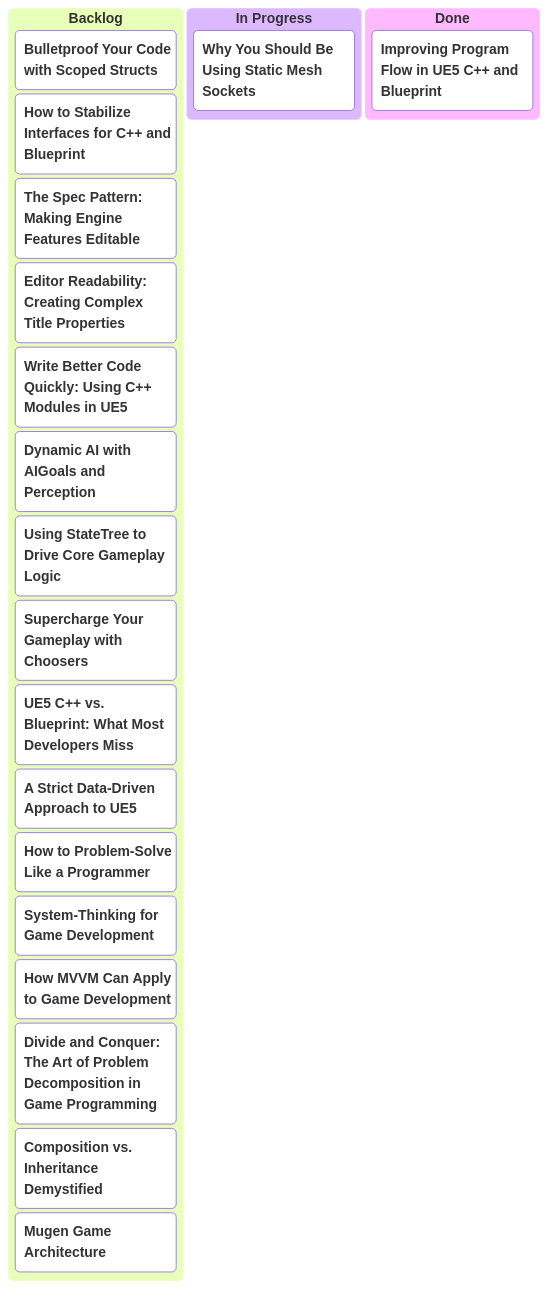
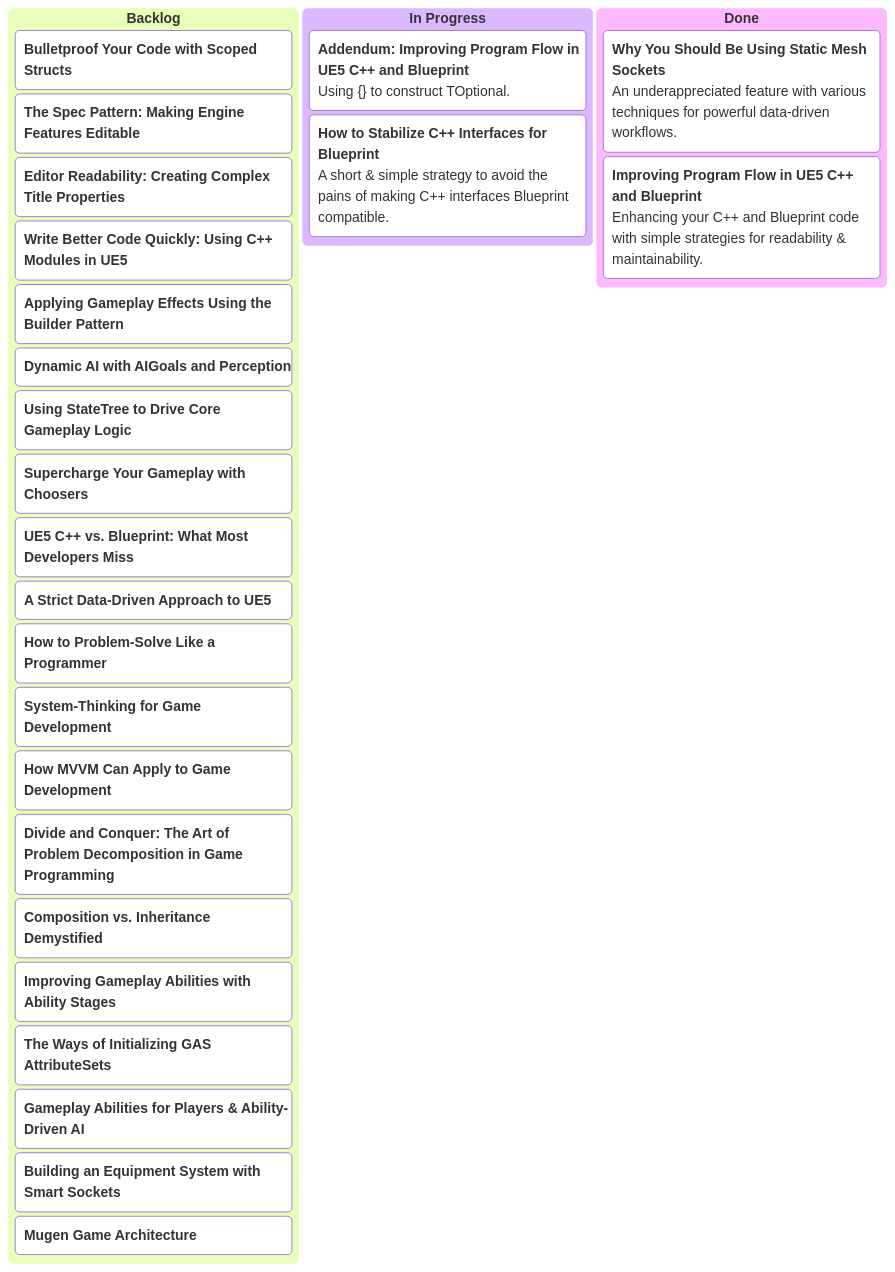
Before and after one commit to mugenmelon/mugenmelon.github.io: the diagram in kanban.md, drawn with Mermaid. The commit also changed 26 other files, not shown here.

Commit message:
Static mesh sockets

```diff
--- a/kanban.md
+++ b/kanban.md
@@ -8,25 +8,40 @@
 <pre class="mermaid">
+---
+config:
+    kanban:
+        sectionWidth: 333
+---
 kanban
     ["`**Backlog**`"]
         ["`**Bulletproof Your Code with Scoped Structs**`"]
-        ["`**How to Stabilize Interfaces for C++ and Blueprint**`"]
         ["`**The Spec Pattern: Making Engine Features Editable**`"]
         ["`**Editor Readability: Creating Complex Title Properties**`"]
         ["`**Write Better Code Quickly: Using C++ Modules in UE5**`"]
+        ["`**Applying Gameplay Effects Using the Builder Pattern**`"]
         ["`**Dynamic AI with AIGoals and Perception**`"]
         ["`**Using StateTree to Drive Core Gameplay Logic**`"]
         ["`**Supercharge Your Gameplay with Choosers**`"]
         
         ["`**UE5 C++ vs. Blueprint: What Most Developers Miss**`"]
         ["`**A Strict Data-Driven Approach to UE5**`"]
         ["`**How to Problem-Solve Like a Programmer**`"]
         ["`**System-Thinking for Game Development**`"]
         ["`**How MVVM Can Apply to Game Development**`"]
         ["`**Divide and Conquer: The Art of Problem Decomposition in Game Programming**`"]
         ["`**Composition vs. Inheritance Demystified**`"]
+        ["`**Improving Gameplay Abilities with Ability Stages**`"]
+        ["`**The Ways of Initializing GAS AttributeSets**`"]
+        ["`**Gameplay Abilities for Players & Ability-Driven AI**`"]
+        ["`**Building an Equipment System with Smart Sockets**`"]
         ["`**Mugen Game Architecture**`"]
     ["`**In Progress**`"]
-        ["`**Why You Should Be Using Static Mesh Sockets**`"]
+        ["`**Addendum: Improving Program Flow in UE5 C++ and Blueprint**
+            Using {} to construct TOptional.`"]
+        ["`**How to Stabilize C++ Interfaces for Blueprint**
+            A short & simple strategy to avoid the pains of making C++ interfaces Blueprint compatible.`"]
     ["`**Done**`"]
-        ["`**Improving Program Flow in UE5 C++ and Blueprint**`"]
+        ["`**Why You Should Be Using Static Mesh Sockets**
+            An underappreciated feature with various techniques for powerful data-driven workflows.`"]
+        ["`**Improving Program Flow in UE5 C++ and Blueprint**
+            Enhancing your C++ and Blueprint code with simple strategies for readability & maintainability.`"]
 </pre>
```
